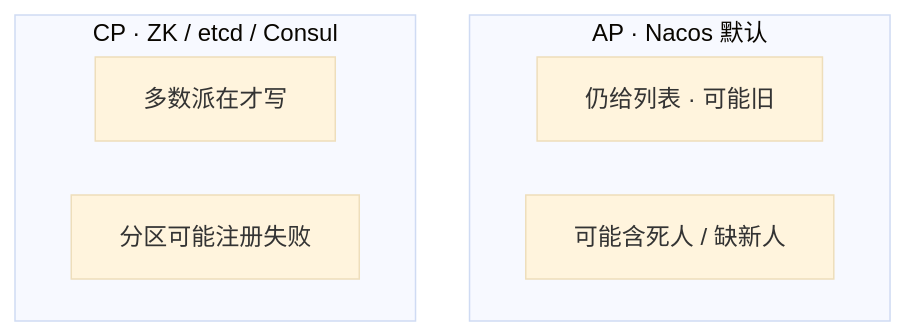
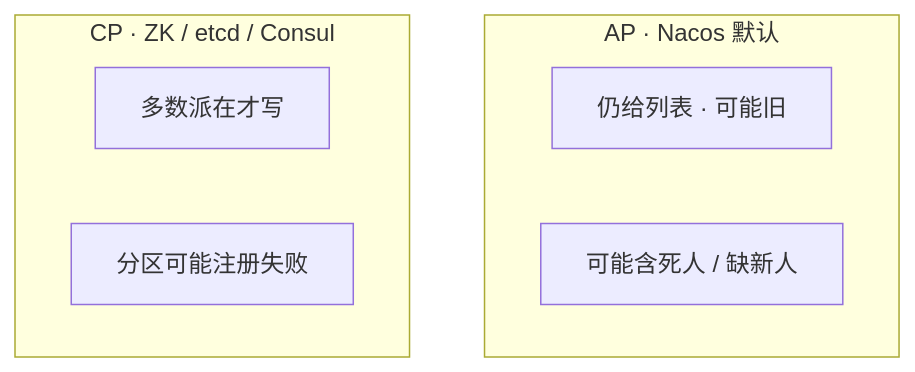
The second of 6 diagrams in 02-中间件与数据库/08-注册中心与配置中心/知识点.md (ml-cuizijun/LearnToLilith), drawn with Mermaid before and after one commit. The commit also changed other lines of this file and 178 other files, not shown here.

````diff
--- a/02-中间件与数据库/08-注册中心与配置中心/知识点.md
+++ b/02-中间件与数据库/08-注册中心与配置中心/知识点.md
@@ -254,16 +159,11 @@
 ```mermaid
-%%{init: {"flowchart": {"padding": 16, "nodeSpacing": 36}, "theme": "base"}}%%
 flowchart TB
     subgraph ap ["AP · Nacos 默认"]
         a1["仍给列表 · 可能旧"]
         a2["可能含死人 / 缺新人"]
     end
     subgraph cp ["CP · ZK / etcd / Consul"]
         c1["多数派在才写"]
         c2["分区可能注册失败"]
     end
-
-    class a1,a2 ok
-    class c1,c2 mid
-
 ```
````
